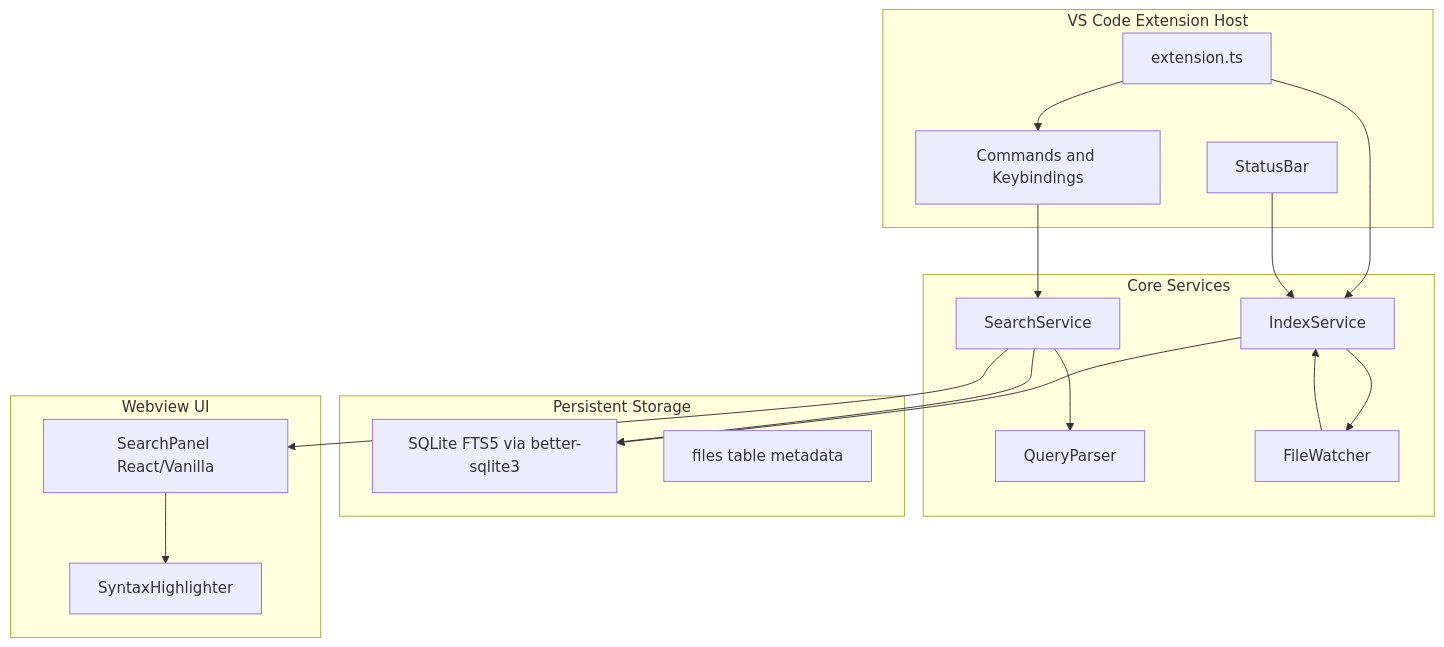
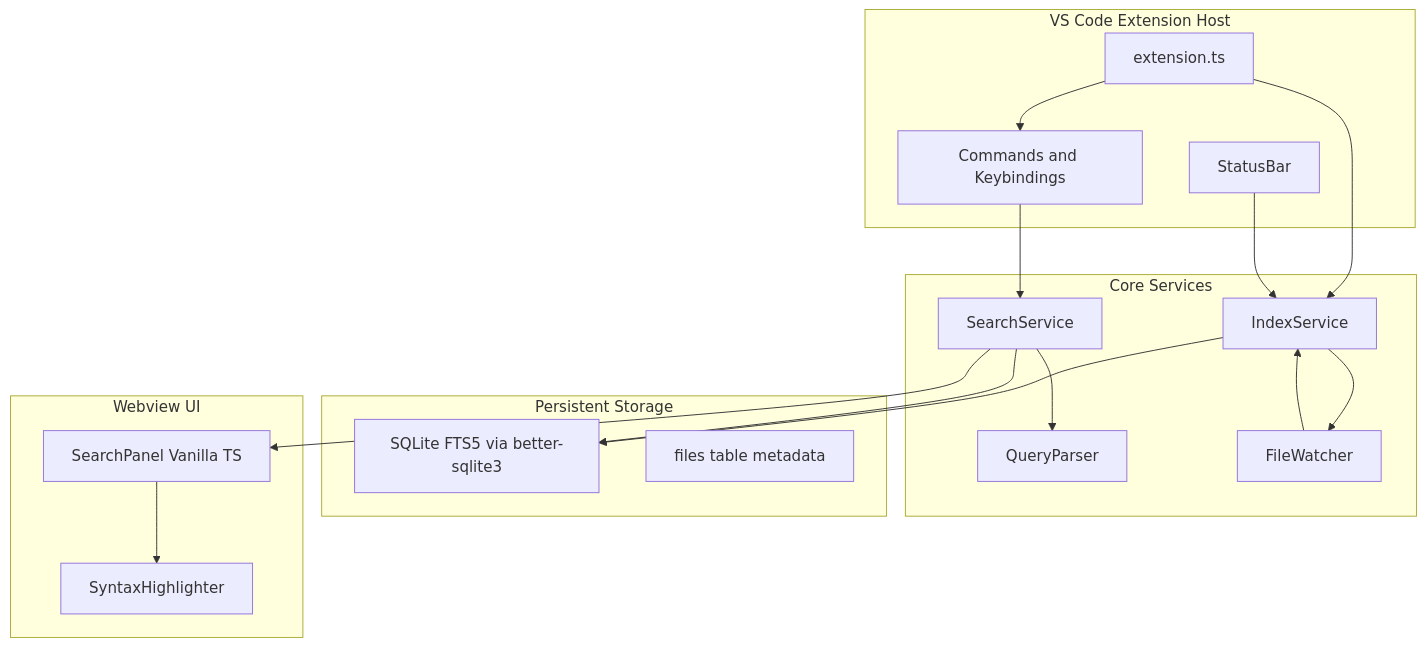
The diagram in code-search/README_Dev.md (OscarKing888/CodeSearch), drawn with Mermaid before and after one commit. The commit also changed other lines of this file and 17 other files, not shown here.

````diff
--- a/code-search/README_Dev.md
+++ b/code-search/README_Dev.md
@@ -124,37 +75,37 @@
 ```mermaid
 flowchart TB
     subgraph vscode [VS Code Extension Host]
         Ext[extension.ts]
         Cmd[Commands and Keybindings]
         Status[StatusBar]
     end
 
     subgraph core [Core Services]
         Idx[IndexService]
         Qry[QueryParser]
         Sch[SearchService]
         Wch[FileWatcher]
     end
 
     subgraph storage [Persistent Storage]
         DB["SQLite FTS5 via better-sqlite3"]
         Meta[files table metadata]
     end
 
     subgraph ui [Webview UI]
-        Panel[SearchPanel React/Vanilla]
+        Panel[SearchPanel Vanilla TS]
         HL[SyntaxHighlighter]
     end
 
     Ext --> Cmd
     Ext --> Idx
     Cmd --> Sch
     Idx --> DB
     Idx --> Wch
     Sch --> Qry
     Sch --> DB
     Sch --> Panel
     Panel --> HL
     Wch --> Idx
     Status --> Idx
 ```
````
